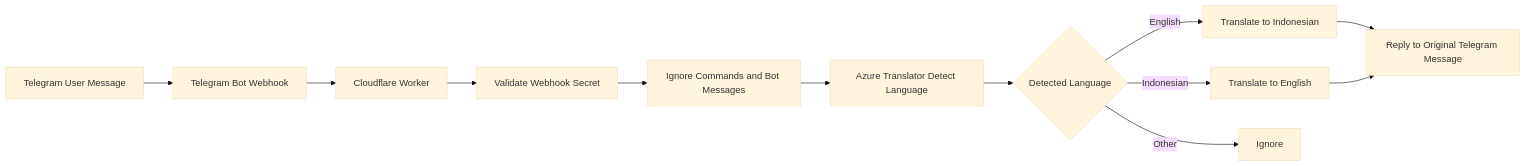
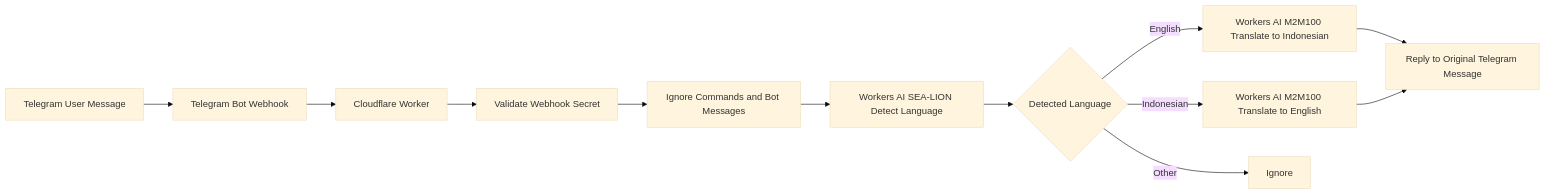
Before and after one commit to leongxudong/Cakap: the diagram in README.md, drawn with Mermaid (base theme). The commit also changed other lines of this file, not shown here.

Commit message:
Document Workers AI architecture

````diff
--- a/README.md
+++ b/README.md
@@ -74,14 +51,14 @@
 ```mermaid
 flowchart LR
     A[Telegram User Message] --> B[Telegram Bot Webhook]
     B --> C[Cloudflare Worker]
     C --> D[Validate Webhook Secret]
     D --> E[Ignore Commands and Bot Messages]
-    E --> F[Azure Translator Detect Language]
+    E --> F[Workers AI SEA-LION Detect Language]
     F --> G{Detected Language}
-    G -->|English| H[Translate to Indonesian]
-    G -->|Indonesian| I[Translate to English]
+    G -->|English| H[Workers AI M2M100 Translate to Indonesian]
+    G -->|Indonesian| I[Workers AI M2M100 Translate to English]
     G -->|Other| J[Ignore]
     H --> K[Reply to Original Telegram Message]
     I --> K
 ```
````
